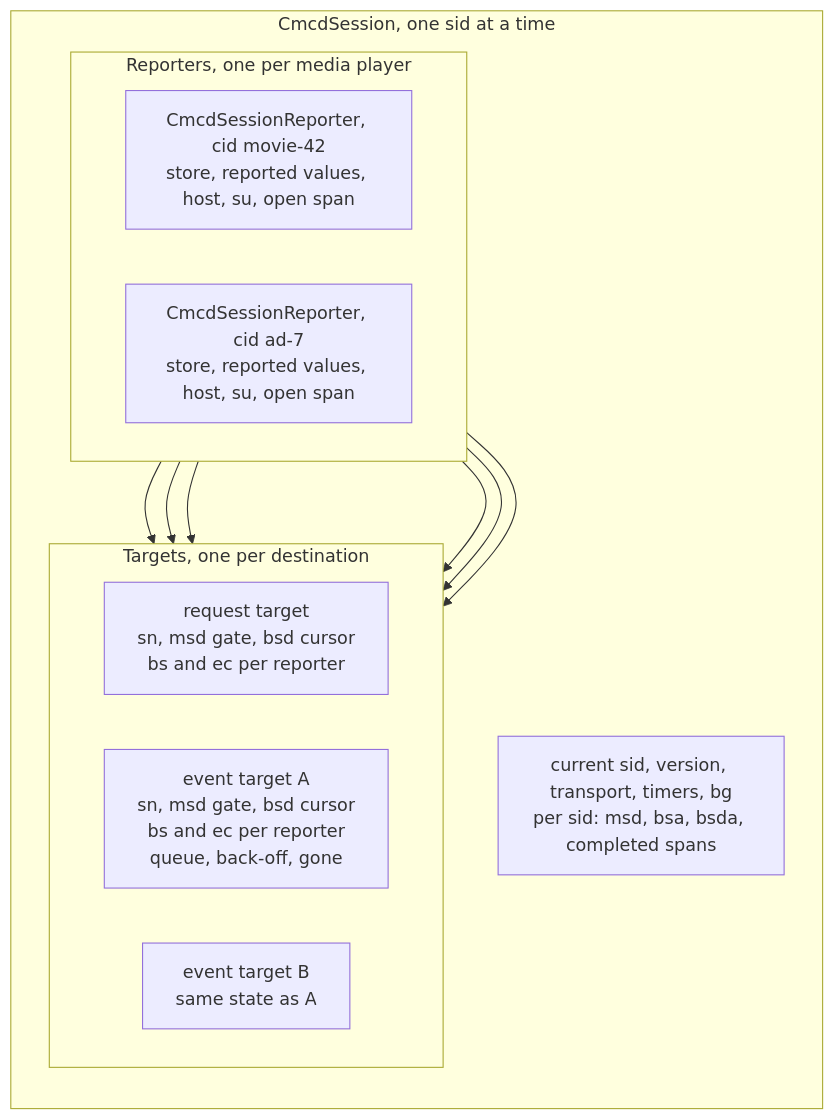
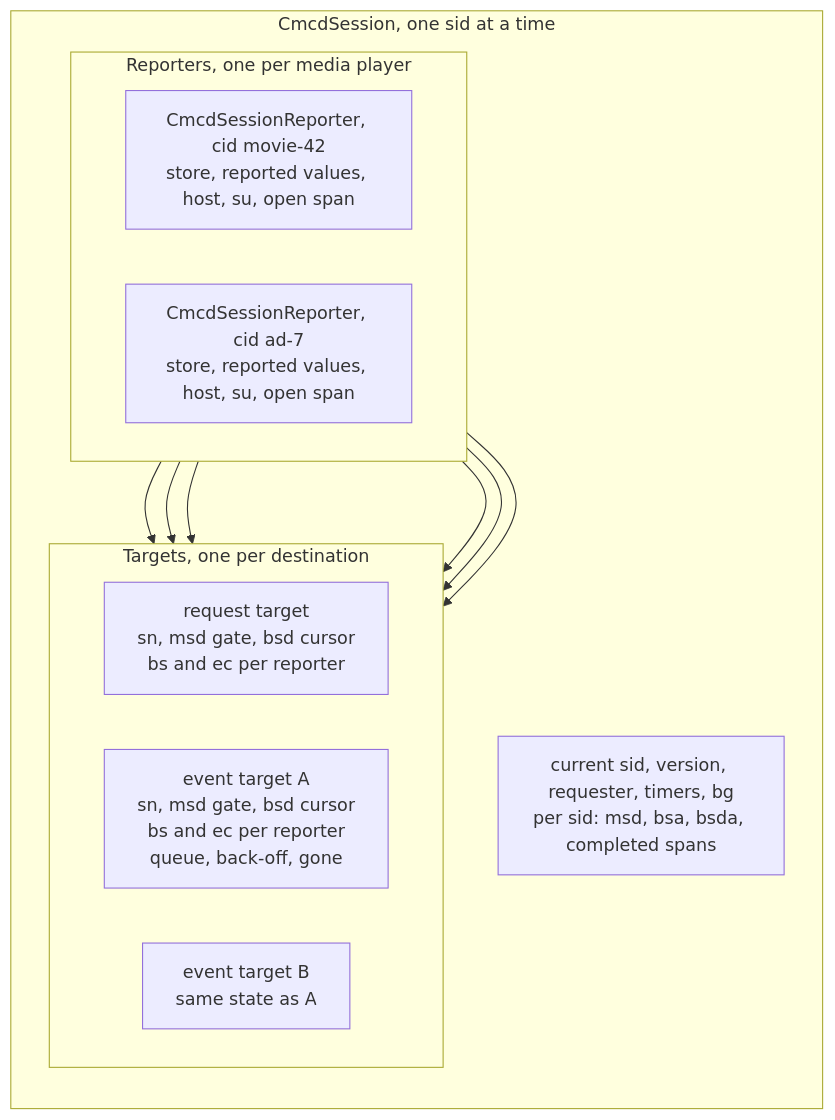
One commit to streaming-video-technology-alliance/common-media-library changed the first of 5 diagrams in rfc/cmcd-session-api.md. Above: the diagram before and after it, drawn with Mermaid. The commit also changed other lines of this file and 1 other file, not shown here.

````diff
--- a/rfc/cmcd-session-api.md
+++ b/rfc/cmcd-session-api.md
@@ -108,24 +108,24 @@
 ```mermaid
 flowchart TB
     subgraph session["CmcdSession, one sid at a time"]
         direction TB
-        sdata["current sid, version, transport, timers, bg<br>per sid: msd, bsa, bsda, completed spans"]
+        sdata["current sid, version, requester, timers, bg<br>per sid: msd, bsa, bsda, completed spans"]
         subgraph reporters["Reporters, one per media player"]
             direction LR
             primary["CmcdSessionReporter, cid movie-42<br>store, reported values, host, su, open span"]
             ad["CmcdSessionReporter, cid ad-7<br>store, reported values, host, su, open span"]
         end
         subgraph targets["Targets, one per destination"]
             direction LR
             req["request target<br>sn, msd gate, bsd cursor<br>bs and ec per reporter"]
             ev1["event target A<br>sn, msd gate, bsd cursor<br>bs and ec per reporter<br>queue, back-off, gone"]
             ev2["event target B<br>same state as A"]
         end
     end
     primary --> req
     primary --> ev1
     primary --> ev2
     ad --> req
     ad --> ev1
     ad --> ev2
 ```
````
